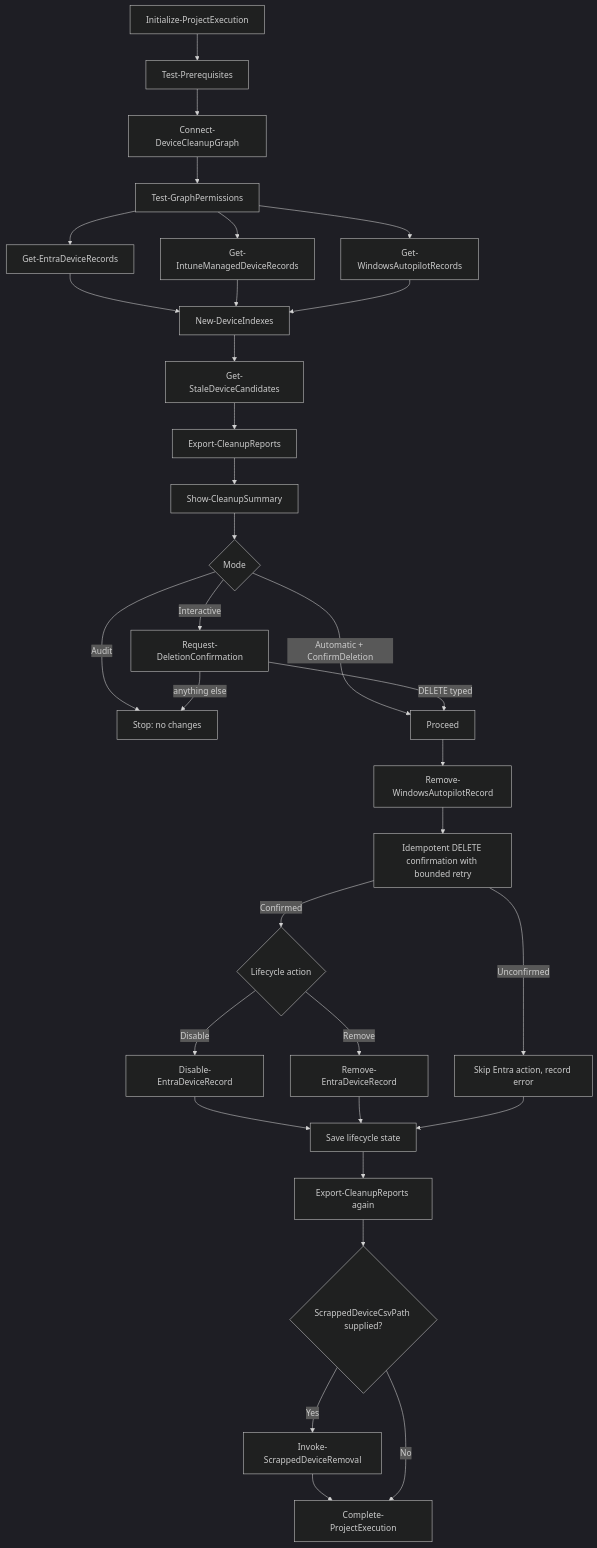
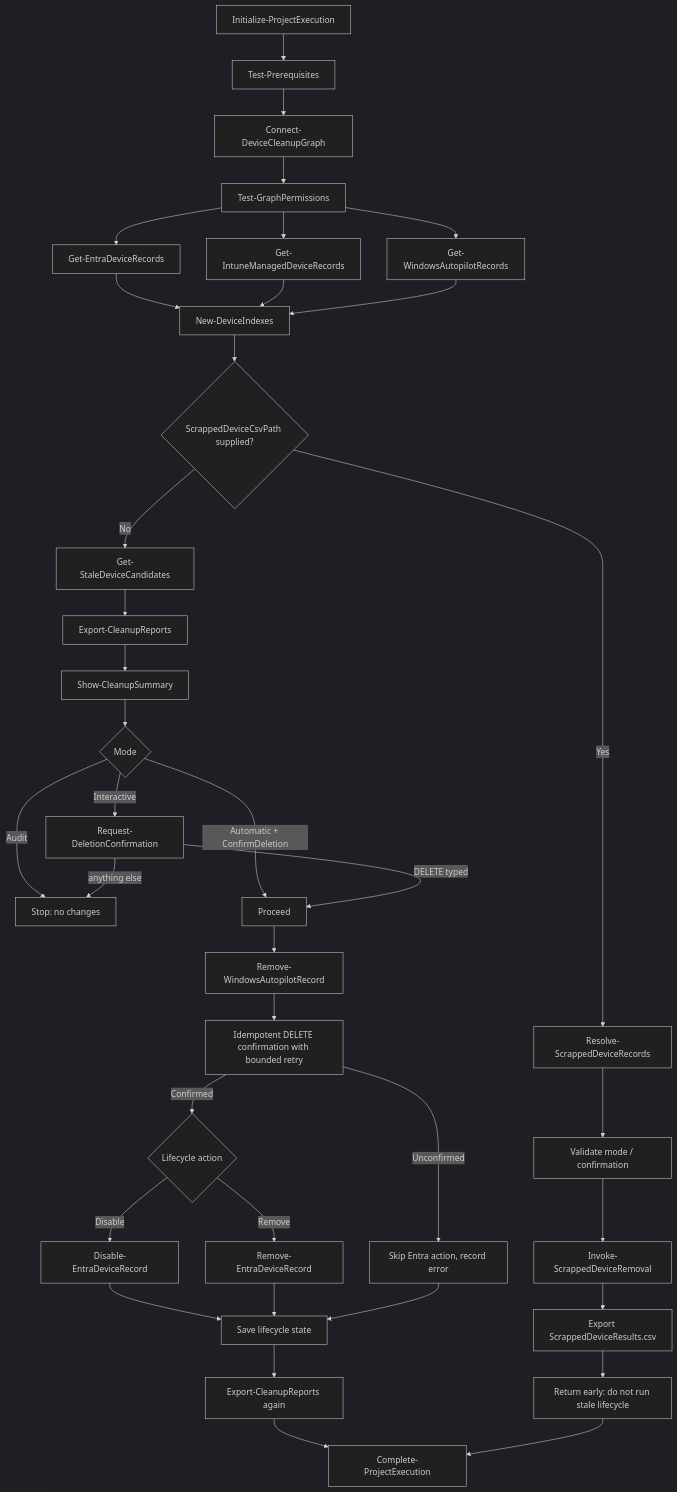
One commit to AteaTom/delete-stale-device-records-msgraph changed the diagram in docs/Architecture.md. Above: the diagram before and after it, drawn with Mermaid (dark theme). The commit also changed other lines of this file and 3 other files, not shown here.

Commit message:
Separate scrapped-device branch from stale lifecycle flow

````diff
--- a/docs/Architecture.md
+++ b/docs/Architecture.md
@@ -8,35 +8,39 @@
 ```mermaid
 flowchart TD
     A[Initialize-ProjectExecution] --> B[Test-Prerequisites]
     B --> C[Connect-DeviceCleanupGraph]
     C --> D[Test-GraphPermissions]
     D --> E[Get-EntraDeviceRecords]
     D --> F[Get-IntuneManagedDeviceRecords]
     D --> G[Get-WindowsAutopilotRecords]
     E --> H[New-DeviceIndexes]
     F --> H
     G --> H
-    H --> I[Get-StaleDeviceCandidates]
+    H --> X{ScrappedDeviceCsvPath supplied?}
+    X -->|Yes| Y[Resolve-ScrappedDeviceRecords]
+    Y --> Z1[Validate mode / confirmation]
+    Z1 --> Z2[Invoke-ScrappedDeviceRemoval]
+    Z2 --> Z3[Export ScrappedDeviceResults.csv]
+    Z3 --> Z4[Return early: do not run stale lifecycle]
+    X -->|No| I[Get-StaleDeviceCandidates]
     I --> J[Export-CleanupReports]
     J --> K[Show-CleanupSummary]
     K --> L{Mode}
     L -->|Audit| M[Stop: no changes]
     L -->|Interactive| N[Request-DeletionConfirmation]
     L -->|Automatic + ConfirmDeletion| O[Proceed]
     N -->|DELETE typed| O
     N -->|anything else| M
-   O --> P[Remove-WindowsAutopilotRecord]
-   P --> Q[Idempotent DELETE confirmation with bounded retry]
-   Q -->|Confirmed| R{Lifecycle action}
-   R -->|Disable| S[Disable-EntraDeviceRecord]
-   R -->|Remove| T[Remove-EntraDeviceRecord]
-   Q -->|Unconfirmed| U[Skip Entra action, record error]
-   S --> V[Save lifecycle state]
-   T --> V
-   U --> V
+    O --> P[Remove-WindowsAutopilotRecord]
+    P --> Q[Idempotent DELETE confirmation with bounded retry]
+    Q -->|Confirmed| R{Lifecycle action}
+    R -->|Disable| S[Disable-EntraDeviceRecord]
+    R -->|Remove| T[Remove-EntraDeviceRecord]
+    Q -->|Unconfirmed| U[Skip Entra action, record error]
+    S --> V[Save lifecycle state]
+    T --> V
+    U --> V
     V --> W[Export-CleanupReports again]
-    W --> X{ScrappedDeviceCsvPath supplied?}
-    X -->|Yes| Y[Invoke-ScrappedDeviceRemoval]
-    Y --> Z[Complete-ProjectExecution]
-    X -->|No| Z
+    W --> Z5[Complete-ProjectExecution]
+    Z4 --> Z5
 ```
````
